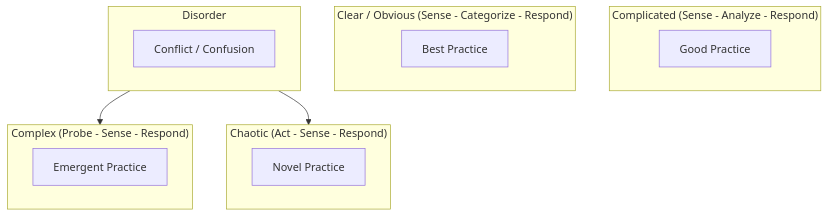
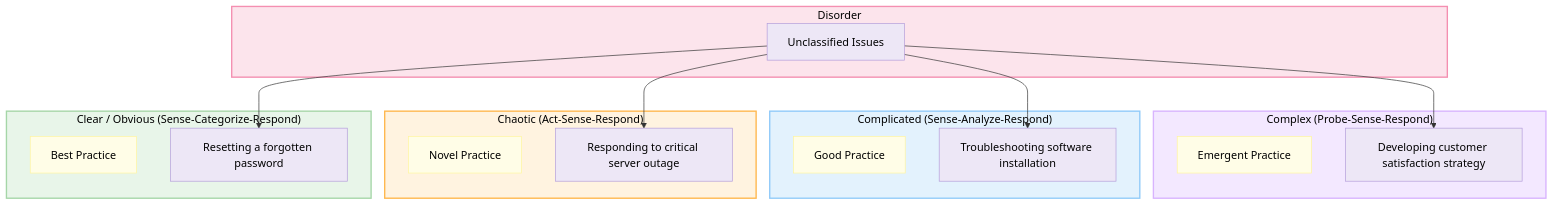
The third of 3 diagrams in backend/knowledge/cynefin.md (dhuru-7/arka), drawn with Mermaid before and after one commit. The commit also changed other lines of this file and 5 other files, not shown here.

Commit message:
Update Cynefin diagram knowledge base, agent prompts, and custom colors

````diff
--- a/backend/knowledge/cynefin.md
+++ b/backend/knowledge/cynefin.md
@@ -16,21 +64,48 @@
 ```mermaid
 flowchart TD
-    subgraph complex ["Complex (Probe - Sense - Respond)"]
-        node_complex["Emergent Practice"]
-    end
-    subgraph complicated ["Complicated (Sense - Analyze - Respond)"]
-        node_complicated["Good Practice"]
-    end
-    subgraph chaotic ["Chaotic (Act - Sense - Respond)"]
-        node_chaotic["Novel Practice"]
-    end
-    subgraph clear ["Clear / Obvious (Sense - Categorize - Respond)"]
-        node_clear["Best Practice"]
-    end
-    subgraph disorder ["Disorder"]
-        node_disorder["Conflict / Confusion"]
+    %% 1. Define Nodes inside flat subgraphs
+    subgraph complex ["Complex (Probe-Sense-Respond)"]
+        cx_desc["Emergent Practice"]
+        cx_act["Developing customer satisfaction strategy"]
     end
 
-    disorder --> complex
-    disorder --> chaotic
+    subgraph complicated ["Complicated (Sense-Analyze-Respond)"]
+        co_desc["Good Practice"]
+        co_act["Troubleshooting software installation"]
+    end
+
+    subgraph chaotic ["Chaotic (Act-Sense-Respond)"]
+        ch_desc["Novel Practice"]
+        ch_act["Responding to critical server outage"]
+    end
+
+    subgraph clear ["Clear / Obvious (Sense-Categorize-Respond)"]
+        cl_desc["Best Practice"]
+        cl_act["Resetting a forgotten password"]
+    end
+
+    subgraph disorder ["Disorder"]
+        d_desc["Unclassified Issues"]
+    end
+
+    %% 2. Define Relationships
+    d_desc --> cx_act
+    d_desc --> co_act
+    d_desc --> ch_act
+    d_desc --> cl_act
+
+    %% 3. Apply Subgraph Styling
+    style complex fill:#F3E8FF,stroke:#D8B4FE,stroke-width:2px,color:#000000
+    style complicated fill:#E3F2FD,stroke:#90CAF9,stroke-width:2px,color:#000000
+    style clear fill:#E8F5E9,stroke:#A5D6A7,stroke-width:2px,color:#000000
+    style chaotic fill:#FFF3E0,stroke:#FFB74D,stroke-width:2px,color:#000000
+    style disorder fill:#FCE4EC,stroke:#F48FB1,stroke-width:2px,color:#000000
+
+    %% 4. Apply Class Definitions for nodes
+    classDef action fill:#FFFDE7,stroke:#FFF59D,color:#000000;
+    classDef scenario fill:#EDE7F6,stroke:#B39DDB,color:#000000;
+    classDef info fill:#E0F7FA,stroke:#80DEEA,color:#000000;
+
+    class cx_desc,co_desc,ch_desc,cl_desc action;
+    class cx_act,co_act,ch_act,cl_act,d_desc scenario;
 ```
````
